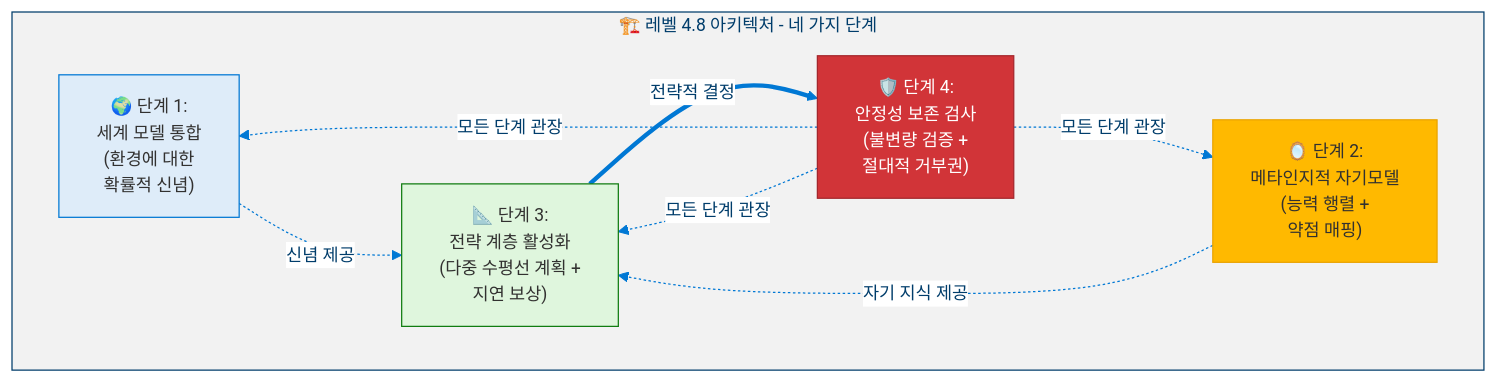
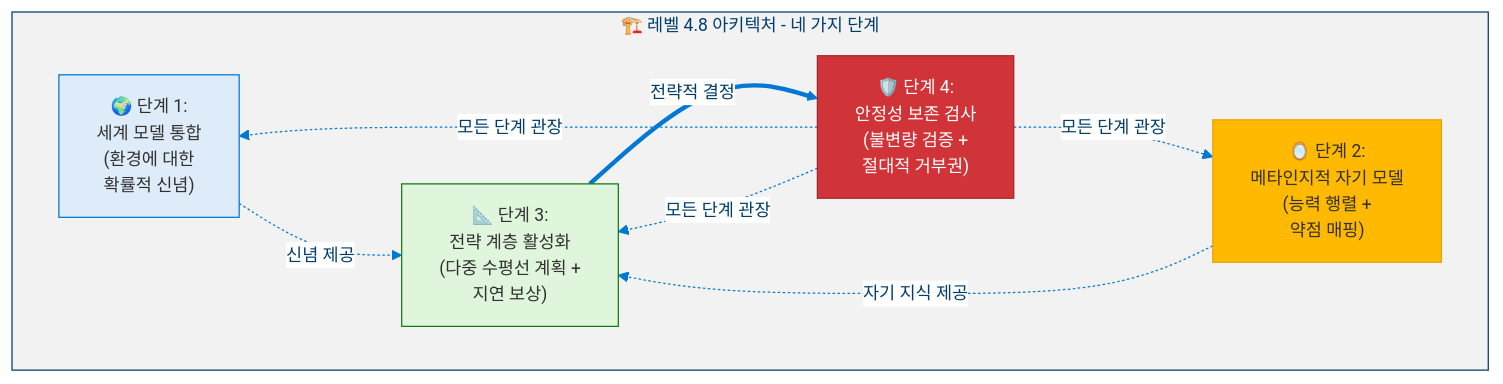
One commit to dotnetpower/mscp changed the first of 17 diagrams in docs/levels/Level_4_8_Strategic_Self_Modeling.ko.md. Above: the diagram before and after it, drawn with Mermaid. The commit also changed other lines of this file and 33 other files, not shown here.

````diff
--- a/docs/levels/Level_4_8_Strategic_Self_Modeling.ko.md
+++ b/docs/levels/Level_4_8_Strategic_Self_Modeling.ko.md
@@ -75,22 +81,22 @@
 ```mermaid
 %%{init: {'theme': 'base', 'themeVariables': {'primaryColor': '#0078D4', 'primaryTextColor': '#003D6B', 'primaryBorderColor': '#003D6B', 'secondaryColor': '#50E6FF', 'secondaryTextColor': '#323130', 'secondaryBorderColor': '#00BCF2', 'tertiaryColor': '#F2F2F2', 'tertiaryTextColor': '#323130', 'lineColor': '#0078D4', 'textColor': '#323130', 'mainBkg': '#DEECF9', 'nodeBorder': '#0078D4', 'clusterBkg': '#F2F2F2', 'clusterBorder': '#003D6B', 'titleColor': '#003D6B', 'edgeLabelBackground': '#FFFFFF', 'fontSize': '14px'}}}%%
 flowchart TD
   classDef world fill:#DEECF9,stroke:#0078D4,color:#323130
   classDef self fill:#FFB900,stroke:#EAA300,color:#323130
   classDef strategic fill:#DFF6DD,stroke:#107C10,color:#323130
   classDef stability fill:#D13438,stroke:#A4262C,color:#FFF
 
   subgraph Phases["🏗️ 레벨 4.8 아키텍처 - 네 가지 단계"]
     P1["🌍 단계 1:<br/>세계 모델 통합<br/>(환경에 대한<br/>확률적 신념)"]:::world
-    P2["🪞 단계 2:<br/>메타인지적 자기모델<br/>(능력 행렬 +<br/>약점 매핑)"]:::self
+    P2["🪞 단계 2:<br/>메타인지적 자기 모델<br/>(능력 행렬 +<br/>약점 매핑)"]:::self
     P3["📐 단계 3:<br/>전략 계층 활성화<br/>(다중 수평선 계획 +<br/>지연 보상)"]:::strategic
     P4["🛡️ 단계 4:<br/>안정성 보존 검사<br/>(불변량 검증 +<br/>절대적 거부권)"]:::stability
   end
 
   P1 -.->|"신념 제공"| P3
   P2 -.->|"자기 지식 제공"| P3
   P3 ==>|"전략적 결정"| P4
   P4 -.->|"모든 단계 관장"| P1
   P4 -.->|"모든 단계 관장"| P2
   P4 -.->|"모든 단계 관장"| P3
 ```
````
